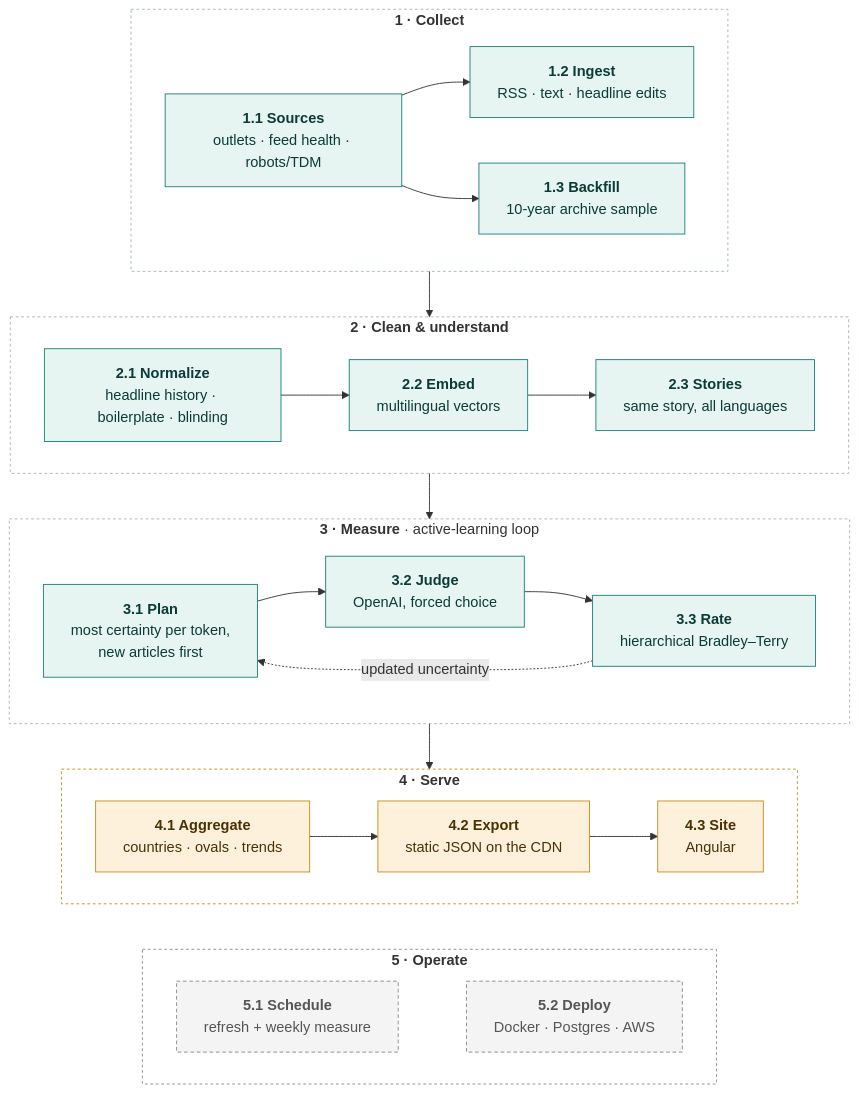
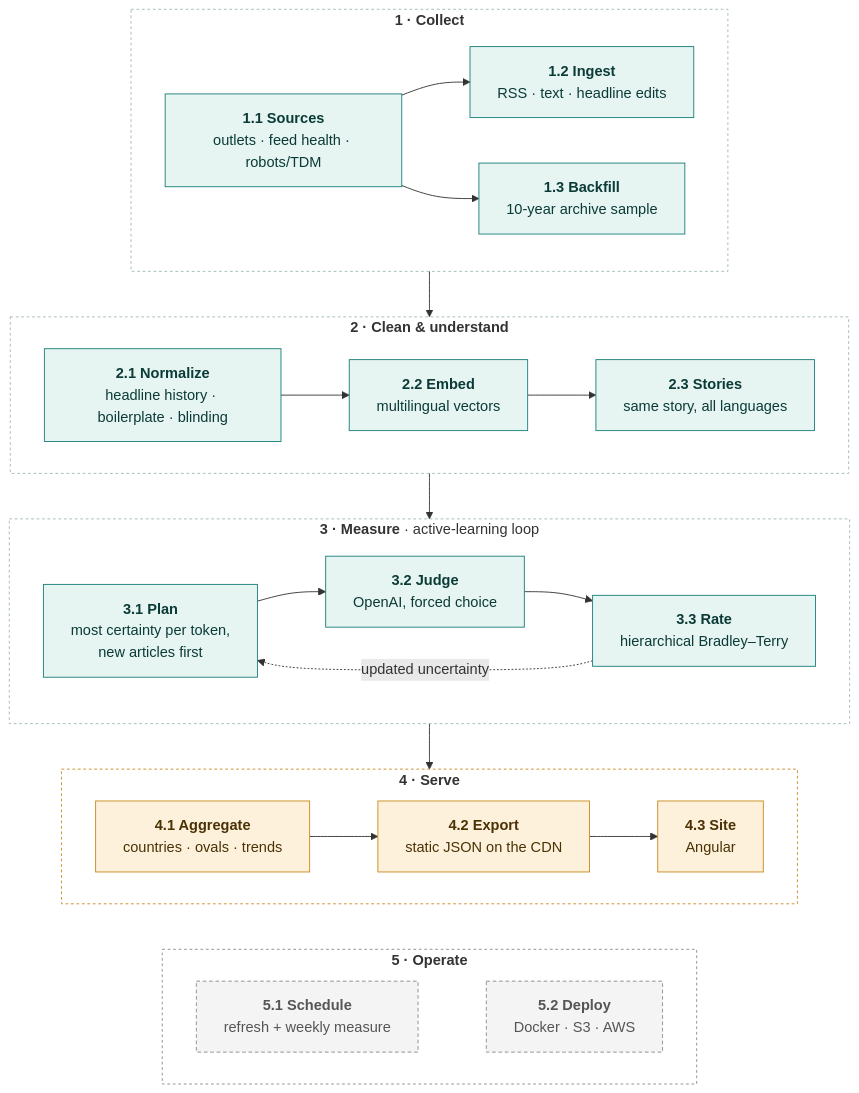
The diagram in README.md (axelsolhall/BasedNews), drawn with Mermaid before and after one commit. The commit also changed other lines of this file and 70 other files, not shown here.

````diff
--- a/README.md
+++ b/README.md
@@ -29,39 +29,39 @@
 ```mermaid
 flowchart TB
   subgraph S1["<b>1 · Collect</b>"]
     direction LR
     s11["<b>1.1 Sources</b><br/>outlets · feed health · robots/TDM"] --> s12["<b>1.2 Ingest</b><br/>RSS · text · headline edits"]
     s11 --> s13["<b>1.3 Backfill</b><br/>10-year archive sample"]
   end
   subgraph S2["<b>2 · Clean & understand</b>"]
     direction LR
     s21["<b>2.1 Normalize</b><br/>headline history · boilerplate · blinding"] --> s22["<b>2.2 Embed</b><br/>multilingual vectors"] --> s23["<b>2.3 Stories</b><br/>same story, all languages"]
   end
   subgraph S3["<b>3 · Measure</b> · active-learning loop"]
     direction LR
     s31["<b>3.1 Plan</b><br/>most certainty per token,<br/>new articles first"] --> s32["<b>3.2 Judge</b><br/>OpenAI, forced choice"] --> s33["<b>3.3 Rate</b><br/>hierarchical Bradley–Terry"]
     s33 -. updated uncertainty .-> s31
   end
   subgraph S4["<b>4 · Serve</b>"]
     direction LR
     s41["<b>4.1 Aggregate</b><br/>countries · ovals · trends"] --> s42["<b>4.2 Export</b><br/>static JSON on the CDN"] --> s43["<b>4.3 Site</b><br/>Angular"]
   end
   subgraph S5["<b>5 · Operate</b>"]
     direction LR
-    s51["<b>5.1 Schedule</b><br/>refresh + weekly measure"] ~~~ s52["<b>5.2 Deploy</b><br/>Docker · Postgres · AWS"]
+    s51["<b>5.1 Schedule</b><br/>refresh + weekly measure"] ~~~ s52["<b>5.2 Deploy</b><br/>Docker · S3 · AWS"]
   end
   S1 --> S2 --> S3 --> S4
   S4 ~~~ S5
 
   classDef real fill:#e6f4f2,stroke:#1b7f79,stroke-width:1px,color:#0b3b37
   classDef sim fill:#fdf1dc,stroke:#c98a1b,stroke-width:1px,color:#4a3205
   classDef todo fill:#f4f4f4,stroke:#8a8a8a,stroke-width:1px,stroke-dasharray:4 3,color:#555
   class s11,s12,s13,s21,s22,s23,s31,s32,s33 real
   class s41,s42,s43 sim
   class s51,s52 todo
   style S1 fill:transparent,stroke:#9fb8b5,stroke-dasharray:3 3
   style S2 fill:transparent,stroke:#9fb8b5,stroke-dasharray:3 3
   style S3 fill:transparent,stroke:#9fb8b5,stroke-dasharray:3 3
   style S4 fill:transparent,stroke:#c98a1b,stroke-dasharray:3 3
   style S5 fill:transparent,stroke:#8a8a8a,stroke-dasharray:3 3
 ```
````
